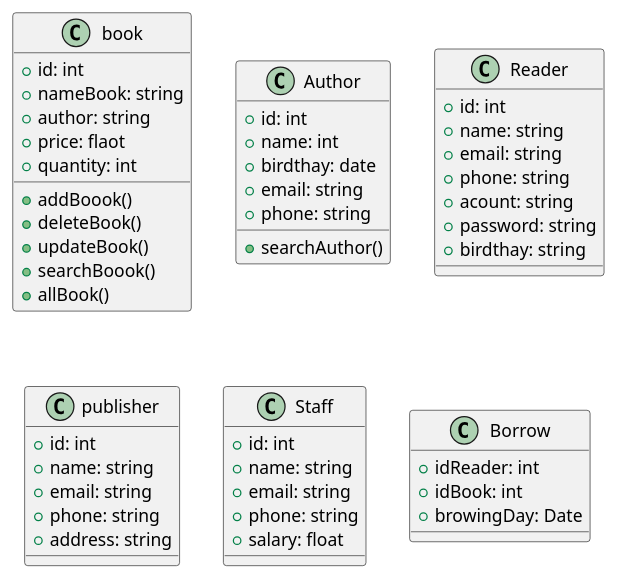
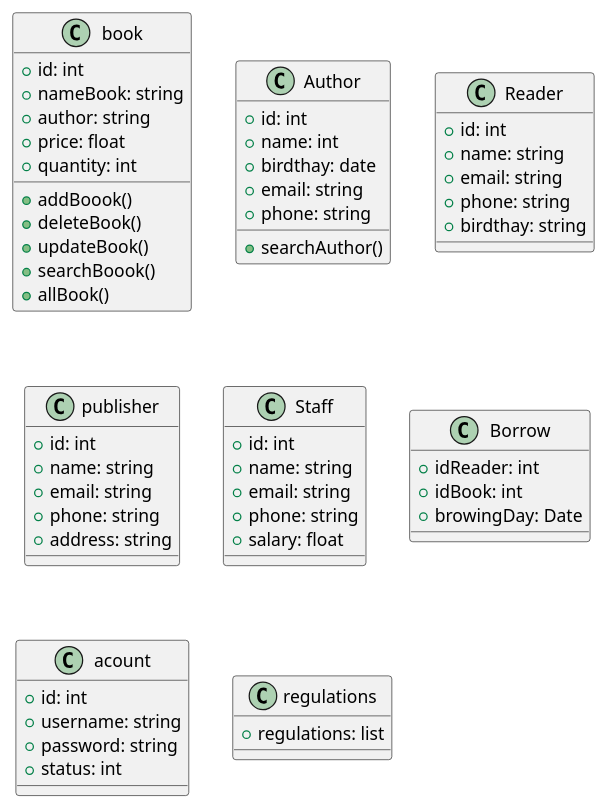
The diagram in src/com/khanh/libarymanager/LibaryClass.puml (Tkanh12-10-2024/LibaryManger), drawn with PlantUML before and after one commit.

Commit message:
Second update class

```diff
--- a/src/com/khanh/libarymanager/LibaryClass.puml
+++ b/src/com/khanh/libarymanager/LibaryClass.puml
@@ -1,50 +1,57 @@
 @startuml
 class book {
     +id: int
     +nameBook: string
     +author: string
-    +price: flaot
+    +price: float
     +quantity: int
     +addBoook()
     +deleteBook()
     +updateBook()
     +searchBoook()
     +allBook()
 }
 class Author {
     +id: int
     +name: int
     +birdthay: date
     +email: string
     + phone: string
     +searchAuthor()
 }
 class Reader {
     +id: int
     +name: string
     +email: string
     +phone: string
-    +acount: string
-    +password: string
     +birdthay: string
 }
 class publisher {
     +id: int
     +name: string
     +email: string
     +phone: string
     +address: string
 }
 class Staff {
     +id: int
     +name: string
     +email: string
     +phone: string
     +salary: float
 }
 class Borrow {
  +idReader: int
  +idBook: int
  +browingDay: Date
 }
+class acount {
+    +id: int
+    +username: string
+    +password: string
+    +status: int
+}
+class regulations {
+    +regulations: list
+}
 @enduml
```
